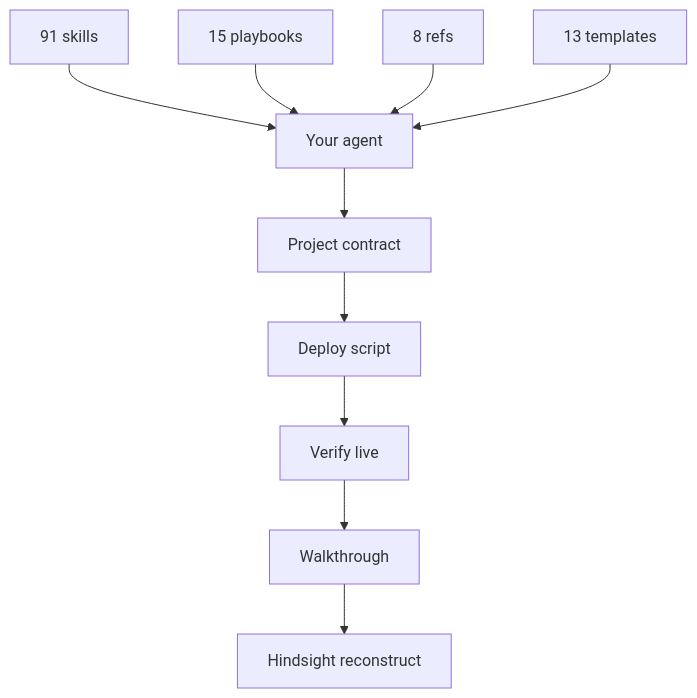
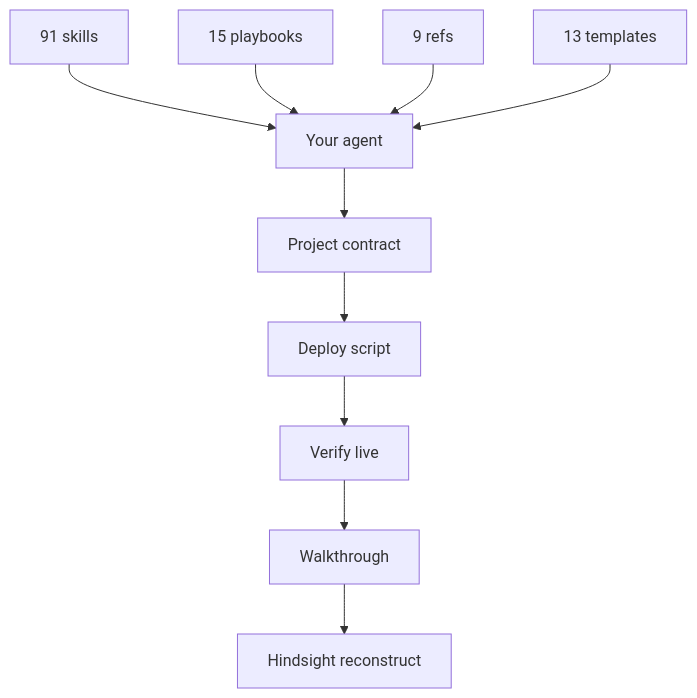
The third of 3 diagrams in README.md (Nonarkara/dr-non-vibecoding-skills), drawn with Mermaid before and after one commit. The commit also changed other lines of this file and 4 other files, not shown here.

````diff
--- a/README.md
+++ b/README.md
@@ -362,12 +362,12 @@
 ```mermaid
 flowchart TB
   S["91 skills"] --> A["Your agent"]
   P["15 playbooks"] --> A
-  R["8 refs"] --> A
+  R["9 refs"] --> A
   T["13 templates"] --> A
   A --> W["Project contract"]
   W --> D["Deploy script"]
   D --> V["Verify live"]
   V --> H["Walkthrough"]
   H --> L["Hindsight reconstruct"]
 ```
````
